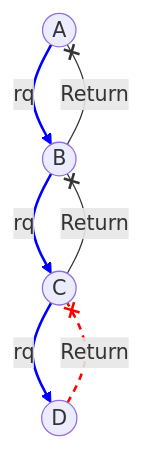
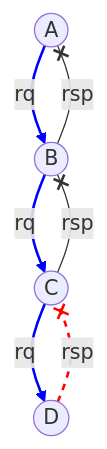
One commit to Rick-Anderson/Report changed the diagram in zz.md. Above: the diagram before and after it, drawn with Mermaid.

````diff
--- a/zz.md
+++ b/zz.md
@@ -1,18 +1,18 @@
 ```mermaid
 graph TD;
     A((A))-->|rq|B((B))
     B-->|rq|C((C))
     C-->|rq|D((D))
-    D--x|Return|C
-    C--x|Return|B
-    B--x|Return|A
+    D--x|rsp|C
+    C--x|rsp|B
+    B--x|rsp|A
 
     linkStyle 0 stroke-width:2px,fill:none,stroke:blue;
     linkStyle 1 stroke-width:2px,fill:none,stroke:blue;
     linkStyle 2 stroke-width:2px,fill:none,stroke:blue;
     linkStyle 3 stroke-dasharray: 5 5, stroke-width:2px,fill:none,stroke:red;
     linkStyle 3 stroke-dasharray: 5 5, stroke-width:2px,fill:none,stroke:red;
     linkStyle 3 stroke-dasharray: 5 5, stroke-width:2px,fill:none,stroke:red;
 
 
 ```
````
